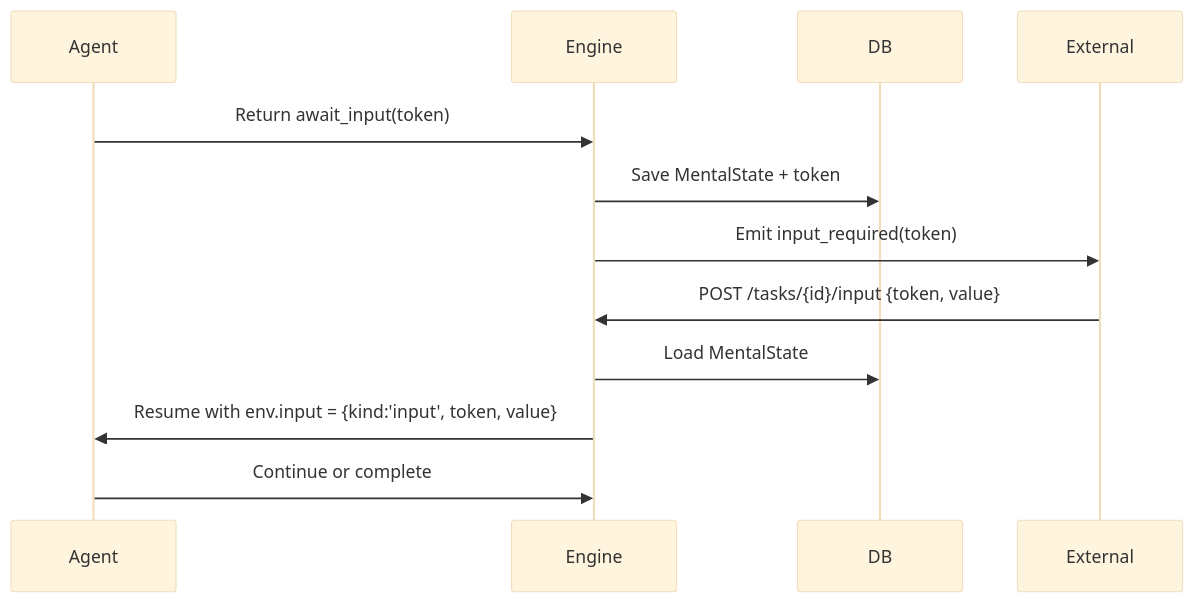
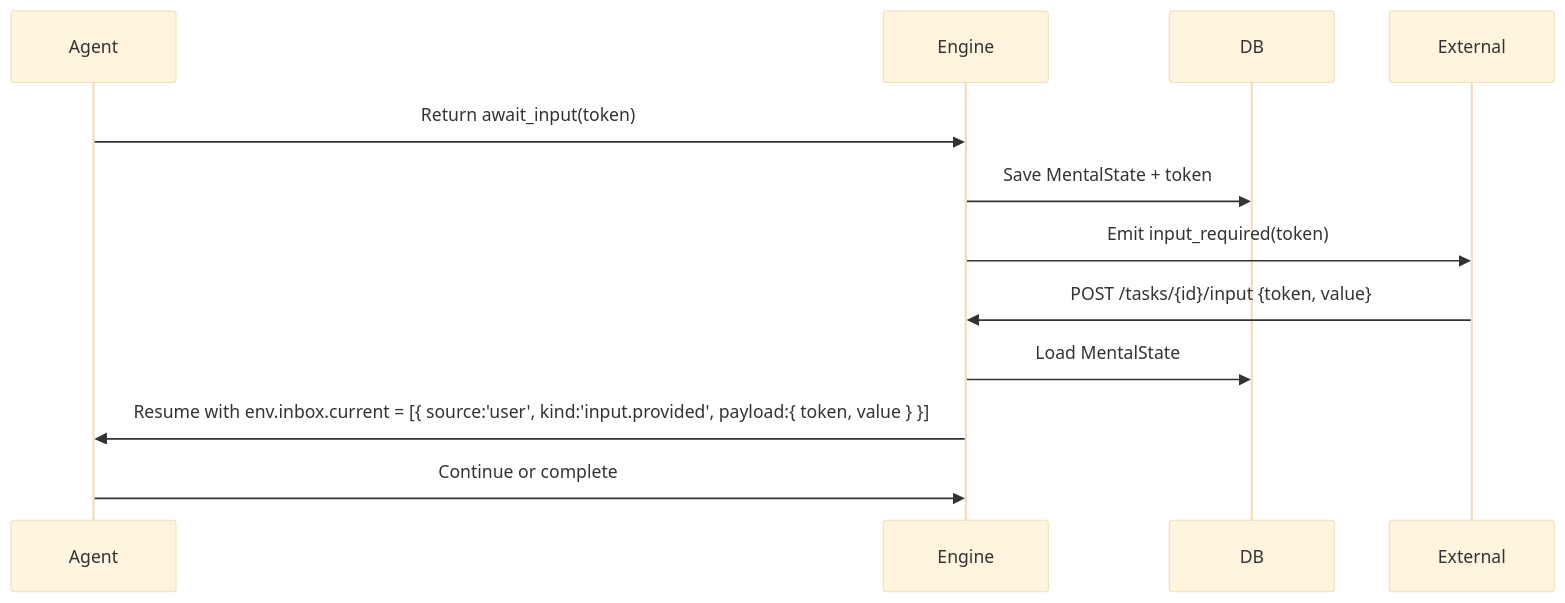
One commit to a2arium/callAgent changed the second of 2 diagrams in apps/docs/loop/aplret-dev-instructions.md. Above: the diagram before and after it, drawn with Mermaid (base theme). The commit also changed other lines of this file and 33 other files, not shown here.

````diff
--- a/apps/docs/loop/aplret-dev-instructions.md
+++ b/apps/docs/loop/aplret-dev-instructions.md
@@ -1673,15 +1691,15 @@
 ```mermaid
 sequenceDiagram
     participant Agent
     participant Engine
     participant DB
     participant External
     
     Agent->>Engine: Return await_input(token)
     Engine->>DB: Save MentalState + token
     Engine->>External: Emit input_required(token)
     External->>Engine: POST /tasks/{id}/input {token, value}
     Engine->>DB: Load MentalState
-    Engine->>Agent: Resume with env.input = {kind:'input', token, value}
+    Engine->>Agent: Resume with env.inbox.current = [{ source:'user', kind:'input.provided', payload:{ token, value } }]
     Agent->>Engine: Continue or complete
 ```
````
